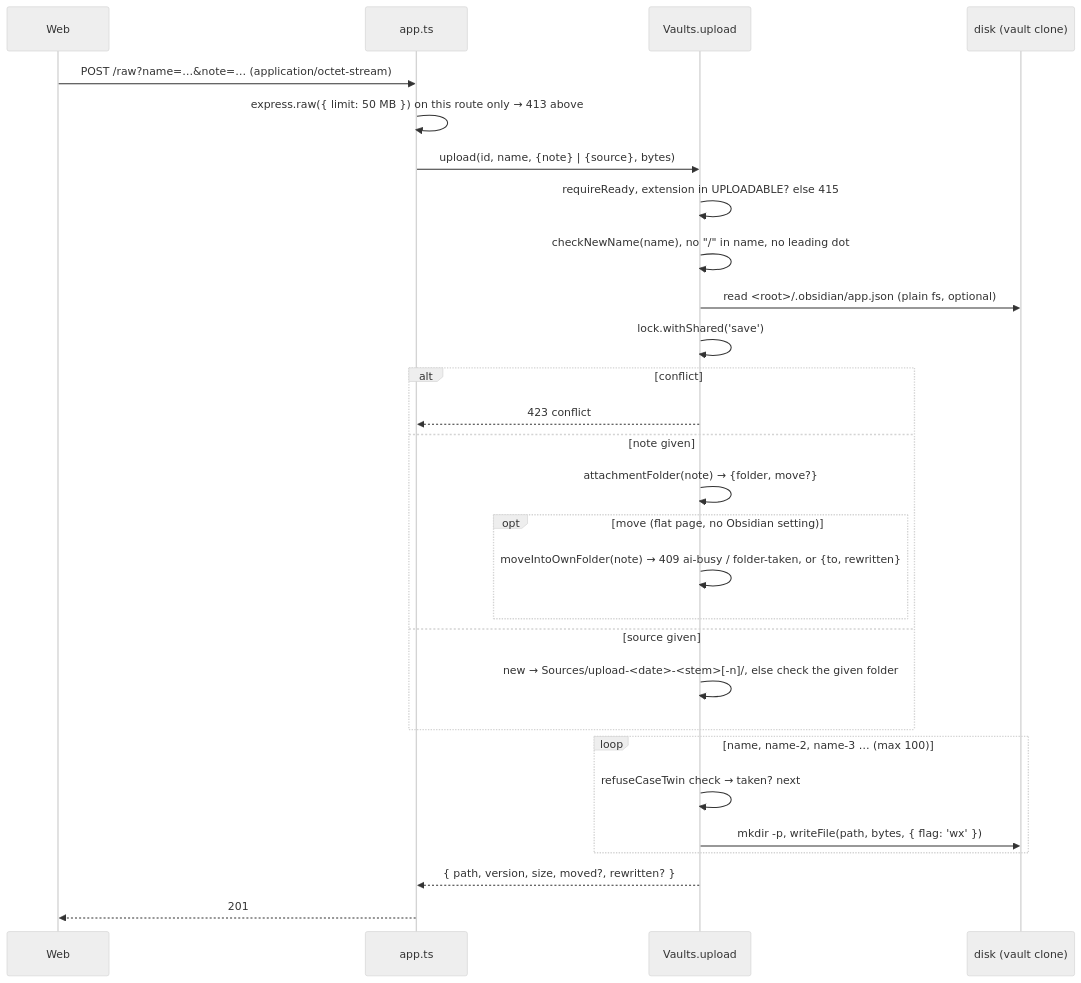
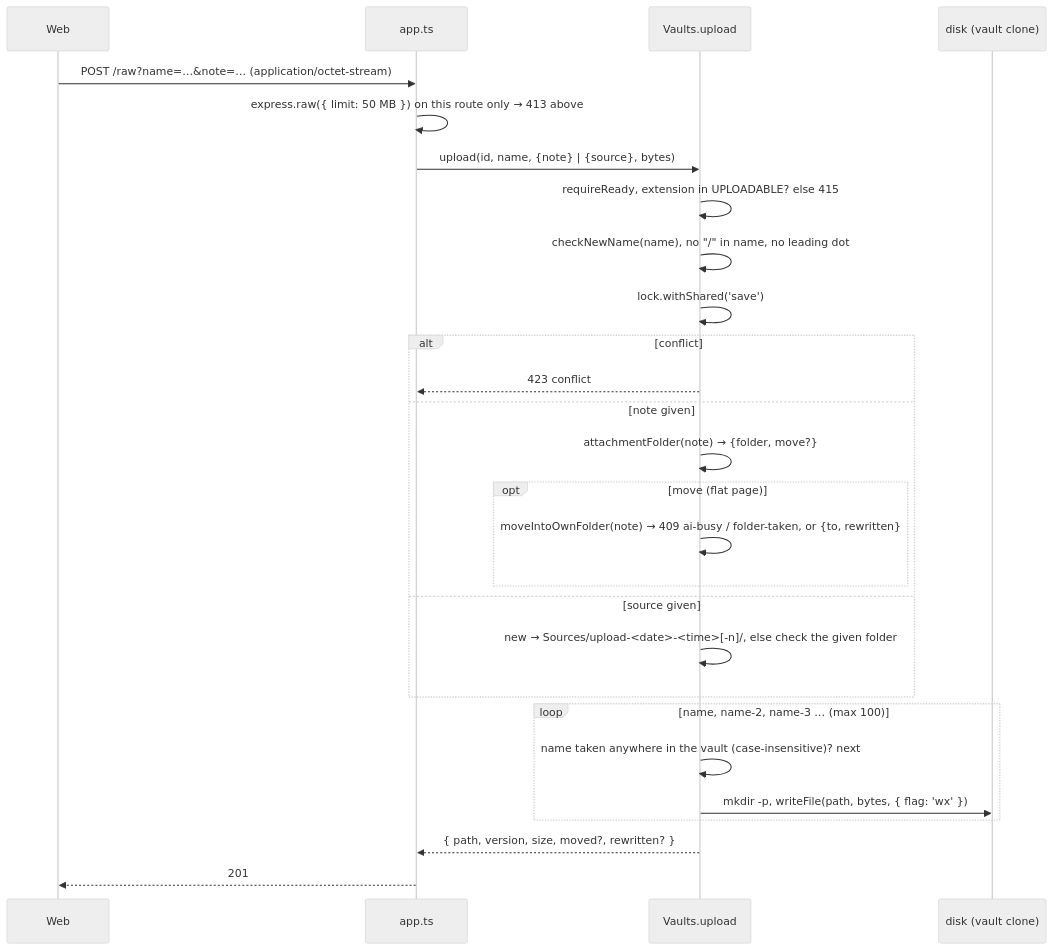
The second of 3 diagrams in specs/changes/attachments/architecture.md (tillg/karpathy.app), drawn with Mermaid (neutral theme) before and after one commit. The commit also changed other lines of this file and 3 other files, not shown here.

````diff
--- a/specs/changes/attachments/architecture.md
+++ b/specs/changes/attachments/architecture.md
@@ -88,30 +88,29 @@
 ```mermaid
 sequenceDiagram
     participant W as Web
     participant A as app.ts
     participant V as Vaults.upload
     participant F as disk (vault clone)
     W->>A: POST /raw?name=…&note=… (application/octet-stream)
     A->>A: express.raw({ limit: 50 MB }) on this route only → 413 above
     A->>V: upload(id, name, {note} | {source}, bytes)
     V->>V: requireReady, extension in UPLOADABLE? else 415
     V->>V: checkNewName(name), no "/" in name, no leading dot
-    V->>F: read <root>/.obsidian/app.json (plain fs, optional)
     V->>V: lock.withShared('save')
     alt conflict
       V-->>A: 423 conflict
     else note given
       V->>V: attachmentFolder(note) → {folder, move?}
-      opt move (flat page, no Obsidian setting)
+      opt move (flat page)
         V->>V: moveIntoOwnFolder(note) → 409 ai-busy / folder-taken, or {to, rewritten}
       end
     else source given
-      V->>V: new → Sources/upload-<date>-<stem>[-n]/, else check the given folder
+      V->>V: new → Sources/upload-<date>-<time>[-n]/, else check the given folder
     end
     loop name, name-2, name-3 … (max 100)
-      V->>V: refuseCaseTwin check → taken? next
+      V->>V: name taken anywhere in the vault (case-insensitive)? next
       V->>F: mkdir -p, writeFile(path, bytes, { flag: 'wx' })
     end
     V-->>A: { path, version, size, moved?, rewritten? }
     A-->>W: 201
 ```
````
